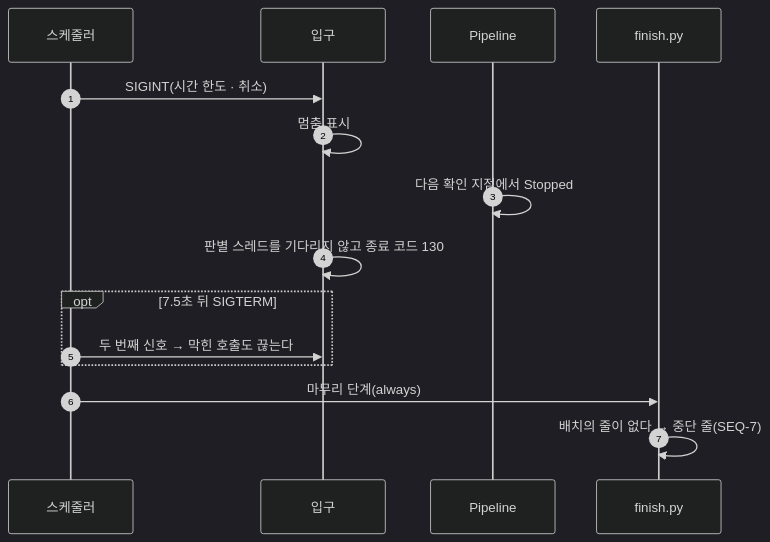
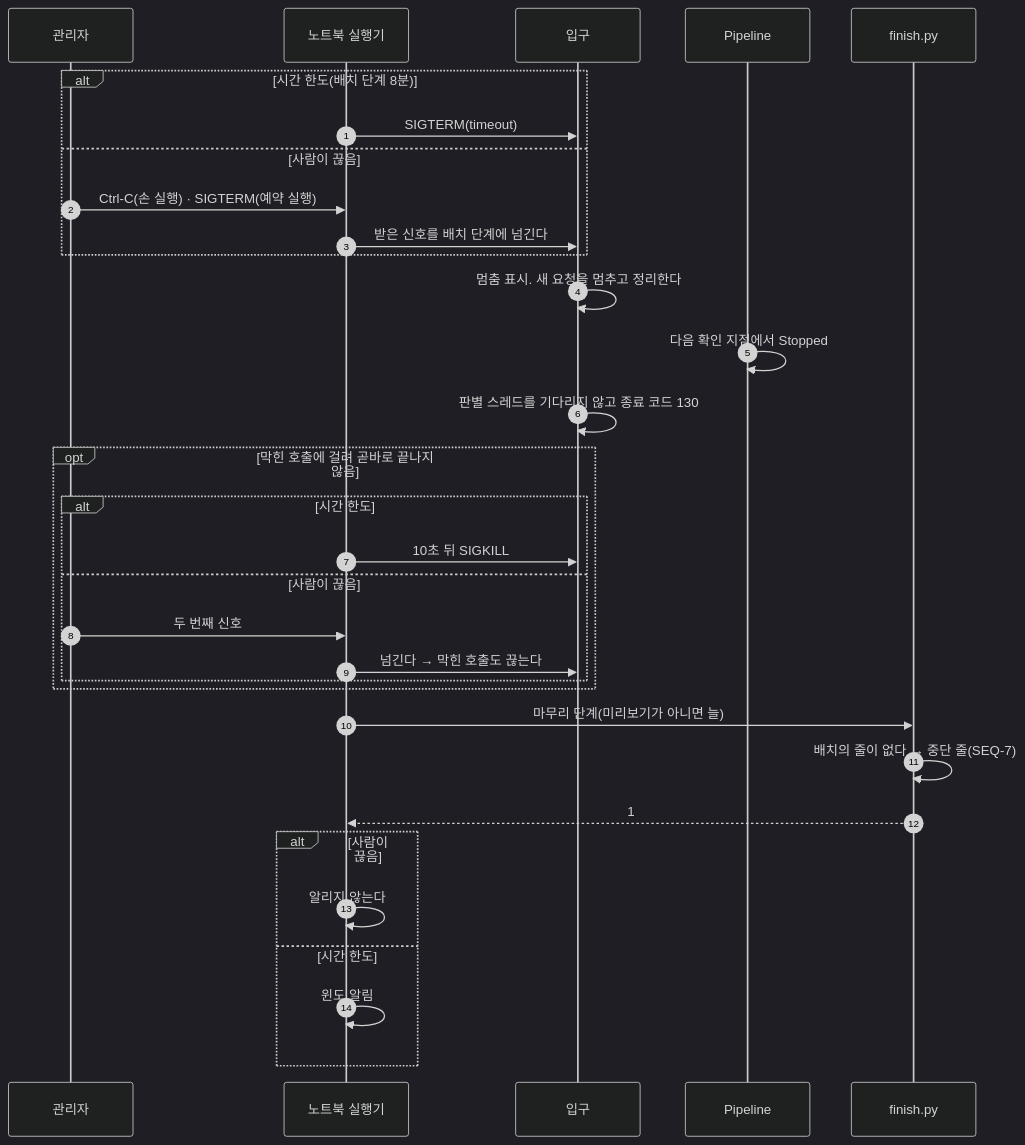
The tenth of 11 diagrams in docs/specs/09-SEQ/CCR-SEQ-001.md (HoyoungParkme/competition-crawler), drawn with Mermaid (dark theme) before and after one commit. The commit also changed other lines of this file, not shown here.

First line of the commit message:
spec(CCR-SEQ-001): SEQ-1·7·8·10·11을 노트북 실행기와 페이지 서버로, SEQ-12를 폐기한다

````diff
--- a/docs/specs/09-SEQ/CCR-SEQ-001.md
+++ b/docs/specs/09-SEQ/CCR-SEQ-001.md
@@ -417,17 +437,34 @@
 ```mermaid
 sequenceDiagram
     autonumber
-    participant GH as 스케줄러
+    participant AD as 관리자
+    participant DS as 노트북 실행기
     participant M as 입구
     participant P as Pipeline
     participant F as finish.py
-    GH->>M: SIGINT(시간 한도 · 취소)
-    M->>M: 멈춤 표시
+    alt 시간 한도(배치 단계 8분)
+        DS->>M: SIGTERM(timeout)
+    else 사람이 끊음
+        AD->>DS: Ctrl-C(손 실행) · SIGTERM(예약 실행)
+        DS->>M: 받은 신호를 배치 단계에 넘긴다
+    end
+    M->>M: 멈춤 표시. 새 요청을 멈추고 정리한다
     P->>P: 다음 확인 지점에서 Stopped
     M->>M: 판별 스레드를 기다리지 않고 종료 코드 130
-    opt 7.5초 뒤 SIGTERM
-        GH->>M: 두 번째 신호 → 막힌 호출도 끊는다
+    opt 막힌 호출에 걸려 곧바로 끝나지 않음
+        alt 시간 한도
+            DS->>M: 10초 뒤 SIGKILL
+        else 사람이 끊음
+            AD->>DS: 두 번째 신호
+            DS->>M: 넘긴다 → 막힌 호출도 끊는다
+        end
     end
-    GH->>F: 마무리 단계(always)
+    DS->>F: 마무리 단계(미리보기가 아니면 늘)
     F->>F: 배치의 줄이 없다 → 중단 줄(SEQ-7)
+    F-->>DS: 1
+    alt 사람이 끊음
+        DS->>DS: 알리지 않는다
+    else 시간 한도
+        DS->>DS: 윈도 알림
+    end
 ```
````
